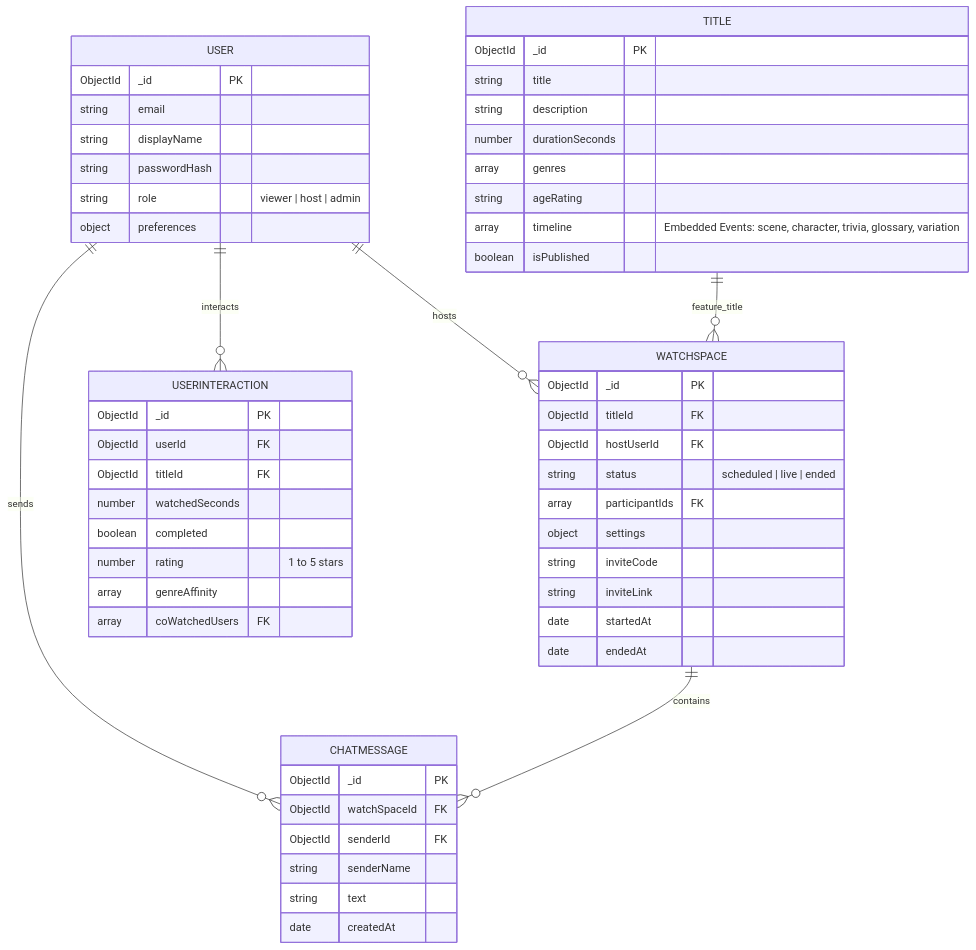
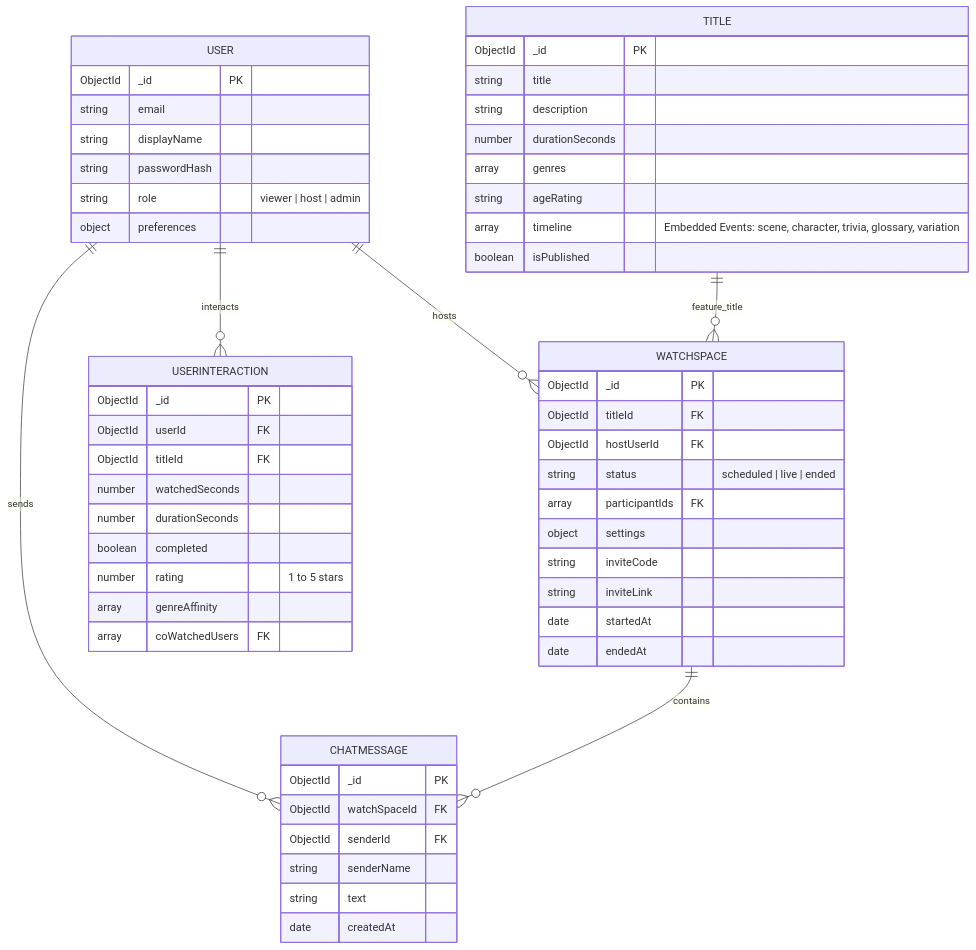
The second of 2 diagrams in README.md (Shashaannkk/Netflix-Ai), drawn with Mermaid before and after one commit. The commit also changed other lines of this file and 9 other files, not shown here.

````diff
--- a/README.md
+++ b/README.md
@@ -50,61 +61,62 @@
 ```mermaid
 erDiagram
     USER {
         ObjectId _id PK
         string email
         string displayName
         string passwordHash
         string role "viewer | host | admin"
         object preferences
     }
 
     TITLE {
         ObjectId _id PK
         string title
         string description
         number durationSeconds
         array genres
         string ageRating
         array timeline "Embedded Events: scene, character, trivia, glossary, variation"
         boolean isPublished
     }
 
     WATCHSPACE {
         ObjectId _id PK
         ObjectId titleId FK
         ObjectId hostUserId FK
         string status "scheduled | live | ended"
         array participantIds FK
         object settings
         string inviteCode
         string inviteLink
         date startedAt
         date endedAt
     }
 
     CHATMESSAGE {
         ObjectId _id PK
         ObjectId watchSpaceId FK
         ObjectId senderId FK
         string senderName
         string text
         date createdAt
     }
 
     USERINTERACTION {
         ObjectId _id PK
         ObjectId userId FK
         ObjectId titleId FK
         number watchedSeconds
+        number durationSeconds
         boolean completed
         number rating "1 to 5 stars"
         array genreAffinity
         array coWatchedUsers FK
     }
 
     USER ||--o{ WATCHSPACE : hosts
     USER ||--o{ CHATMESSAGE : sends
     USER ||--o{ USERINTERACTION : interacts
     TITLE ||--o{ WATCHSPACE : feature_title
     WATCHSPACE ||--o{ CHATMESSAGE : contains
 ```
````
